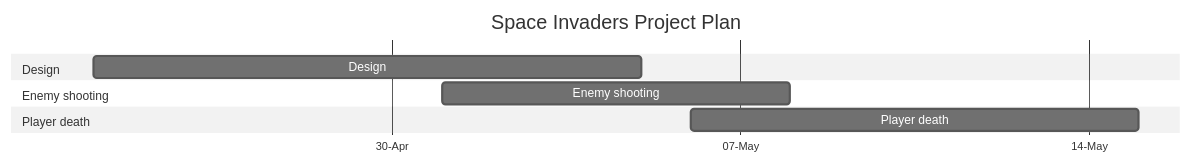
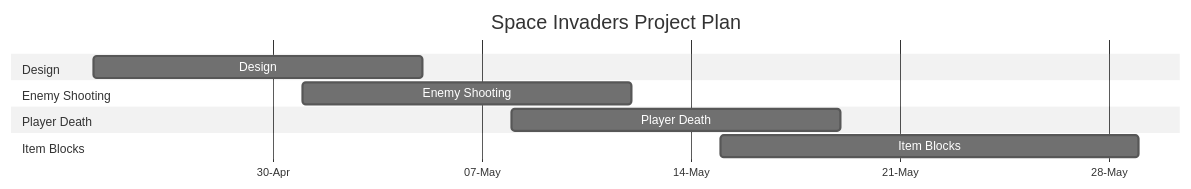
One commit to ConnorMCHARRY/SpaceInvaders changed the diagram in design.md. Above: the diagram before and after it, drawn with Mermaid (neutral theme). The commit also changed 1 other file, not shown here.

Commit message:
design/logic.md

````diff
--- a/design.md
+++ b/design.md
@@ -9,16 +9,19 @@
 ```mermaid
 gantt
     title Space Invaders Project Plan
     dateFormat DD-MM-YY
     axisFormat %d-%b
     tickInterval 1week
 
     section Design
     Design: 24-04-23, 05-05-23
 
-    section Enemy shooting
-    Enemy shooting: 01-05-23, 08-05-23
+    section Enemy Shooting
+    Enemy Shooting: 01-05-23, 12-05-23
 
-    section Player death
-    Player death: 06-05-23, 15-05-23
+    section Player Death
+    Player Death: 08-05-23, 19-05-23
+
+    section Item Blocks
+    Item Blocks: 15-05-23, 29-05-23
 ```
````
